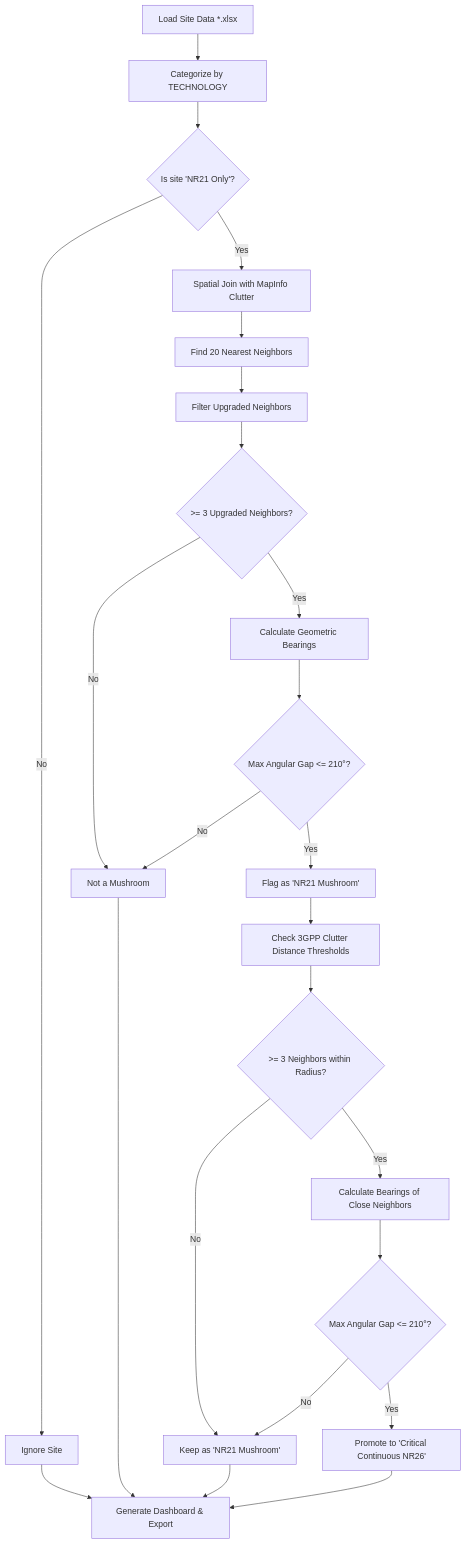
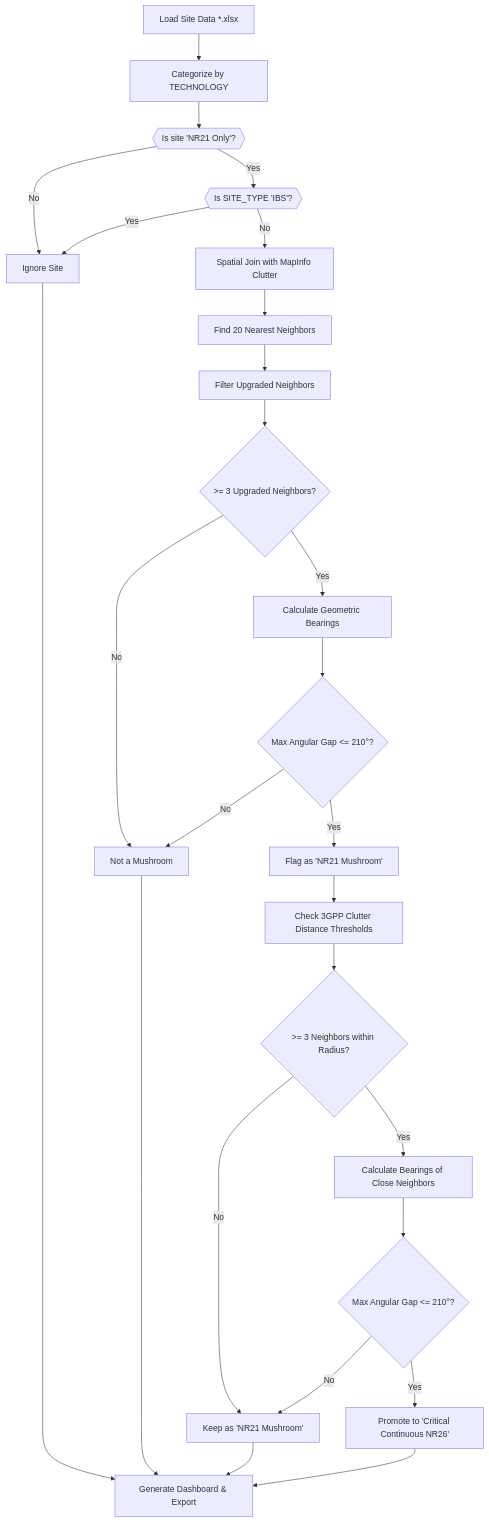
Before and after one commit to rifkirusandi/MushroomNR_Analysis: the diagram in README.md, drawn with Mermaid. The commit also changed 1 other file, not shown here.

Commit message:
docs: update flowchart to show the new IBS exclusion logic

````diff
--- a/README.md
+++ b/README.md
@@ -9,34 +9,36 @@
 ```mermaid
 flowchart TD
     A[Load Site Data *.xlsx] --> B[Categorize by TECHNOLOGY]
-    B --> C{Is site 'NR21 Only'?}
+    B --> C{{Is site 'NR21 Only'?}}
     C -- No --> D[Ignore Site]
-    C -- Yes --> E[Spatial Join with MapInfo Clutter]
+    C -- Yes --> IBS{{Is SITE_TYPE 'IBS'?}}
+    IBS -- Yes --> D
+    IBS -- No --> E[Spatial Join with MapInfo Clutter]
     
     E --> F[Find 20 Nearest Neighbors]
     F --> G[Filter Upgraded Neighbors]
     G --> H{>= 3 Upgraded Neighbors?}
     
     H -- No --> I[Not a Mushroom]
     H -- Yes --> J[Calculate Geometric Bearings]
     
     J --> K{Max Angular Gap <= 210°?}
     
     K -- No --> I
     K -- Yes --> L[Flag as 'NR21 Mushroom']
     
     L --> M[Check 3GPP Clutter Distance Thresholds]
     M --> N{>= 3 Neighbors within Radius?}
     
     N -- No --> O[Keep as 'NR21 Mushroom']
     N -- Yes --> P[Calculate Bearings of Close Neighbors]
     
     P --> Q{Max Angular Gap <= 210°?}
     Q -- No --> O
     Q -- Yes --> R[Promote to 'Critical Continuous NR26']
     
     R --> S[Generate Dashboard & Export]
     O --> S
     I --> S
     D --> S
 ```
````
